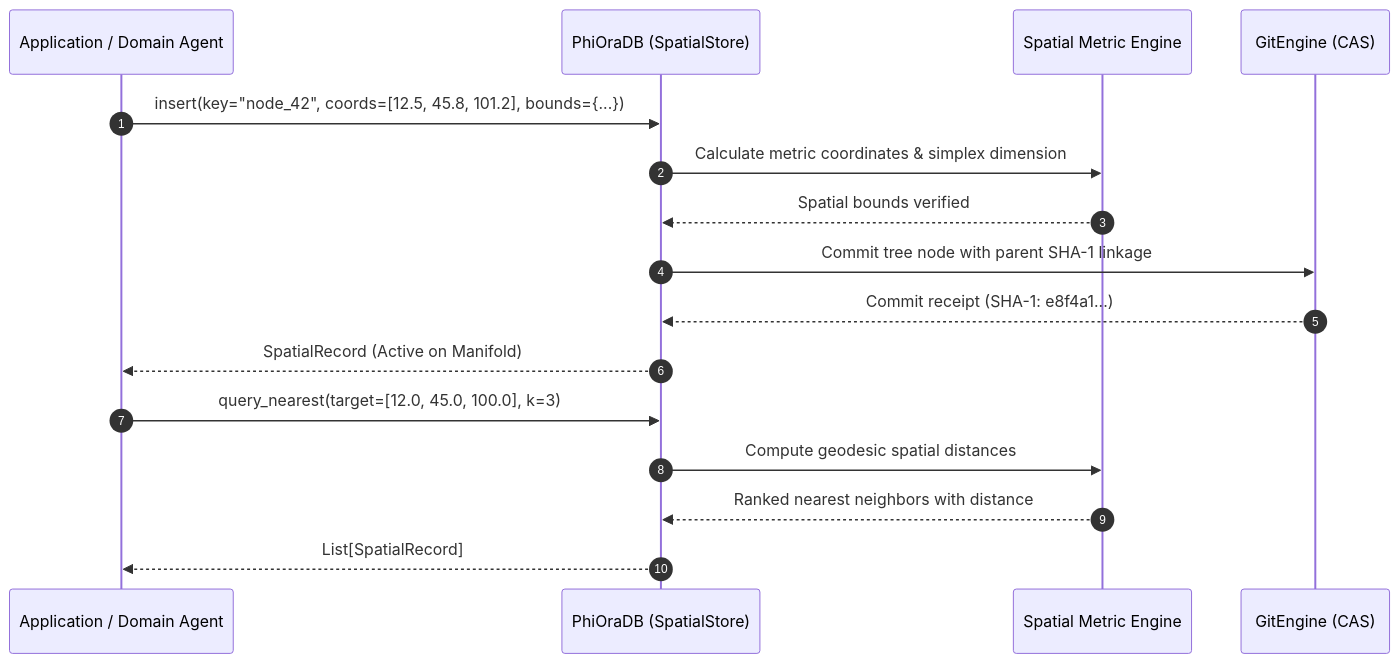
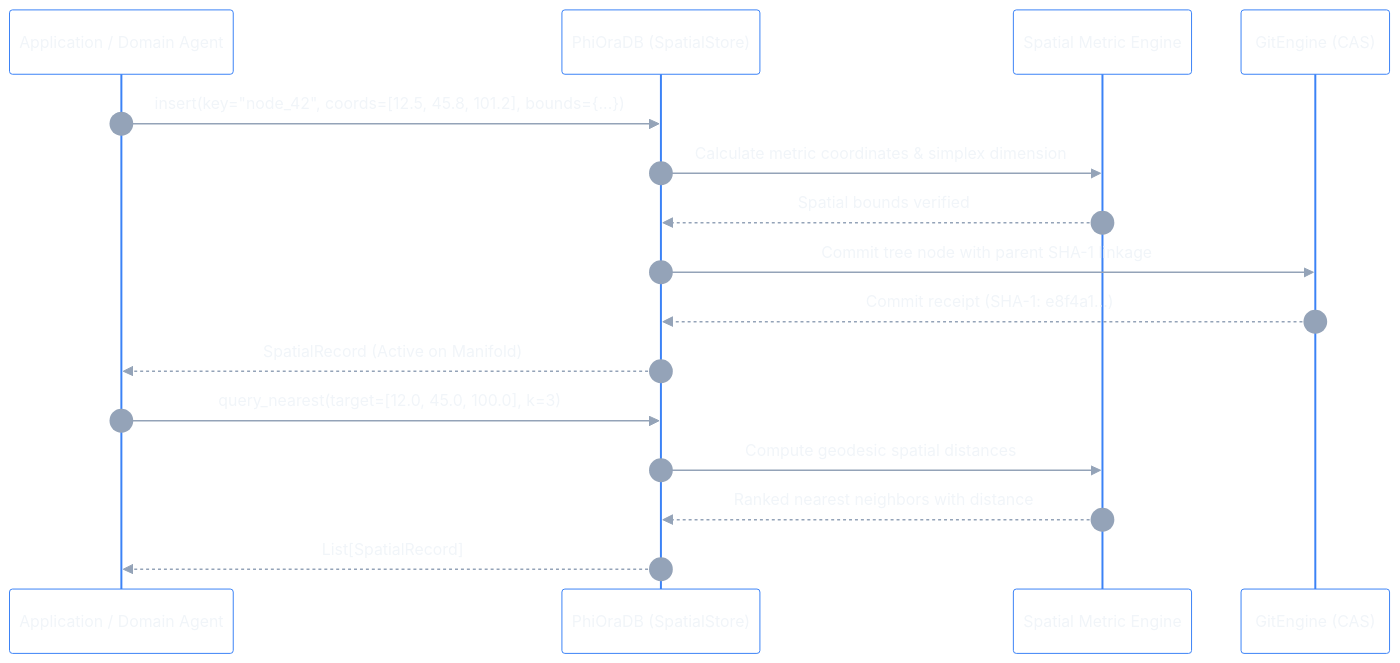
The second of 3 diagrams in docs/v2/Datasets/PhiOraDB.md (gemphi/phiant), drawn with Mermaid before and after one commit. The commit also changed other lines of this file and 4 other files, not shown here.

Commit message:
style: configure transparent seamless backgrounds for all Mermaid diagrams across documentation

````diff
--- a/docs/v2/Datasets/PhiOraDB.md
+++ b/docs/v2/Datasets/PhiOraDB.md
@@ -63,20 +64,21 @@
 ```mermaid
+%%{init: {'theme': 'base', 'themeVariables': {'background': 'transparent', 'actorBkg': 'transparent', 'actorBorder': '#3b82f6', 'actorTextColor': '#f1f5f9', 'signalColor': '#94a3b8', 'signalTextColor': '#f1f5f9', 'labelBoxBkgColor': 'transparent', 'labelBoxBorderColor': '#334155'}}}%%
 sequenceDiagram
     autonumber
     participant App as Application / Domain Agent
     participant Ora as PhiOraDB (SpatialStore)
     participant Geom as Spatial Metric Engine
     participant Git as GitEngine (CAS)
 
     App->>Ora: insert(key="node_42", coords=[12.5, 45.8, 101.2], bounds={...})
     Ora->>Geom: Calculate metric coordinates & simplex dimension
     Geom-->>Ora: Spatial bounds verified
     Ora->>Git: Commit tree node with parent SHA-1 linkage
     Git-->>Ora: Commit receipt (SHA-1: e8f4a1...)
     Ora-->>App: SpatialRecord (Active on Manifold)
 
     App->>Ora: query_nearest(target=[12.0, 45.0, 100.0], k=3)
     Ora->>Geom: Compute geodesic spatial distances
     Geom-->>Ora: Ranked nearest neighbors with distance
     Ora-->>App: List[SpatialRecord]
 ```
````
